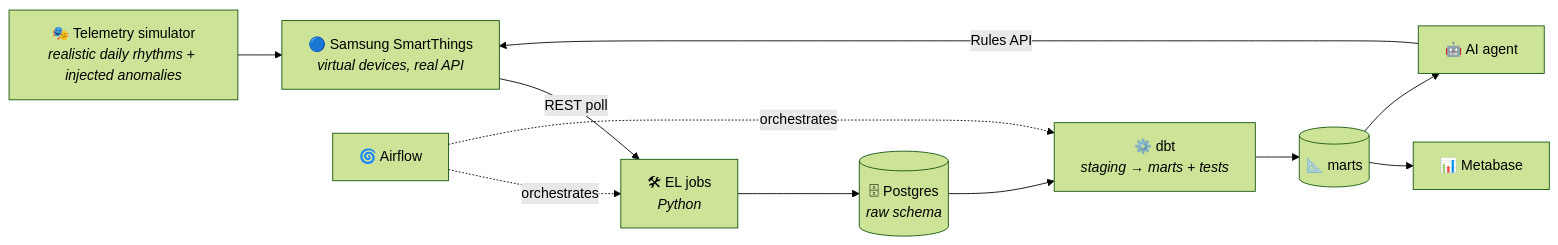
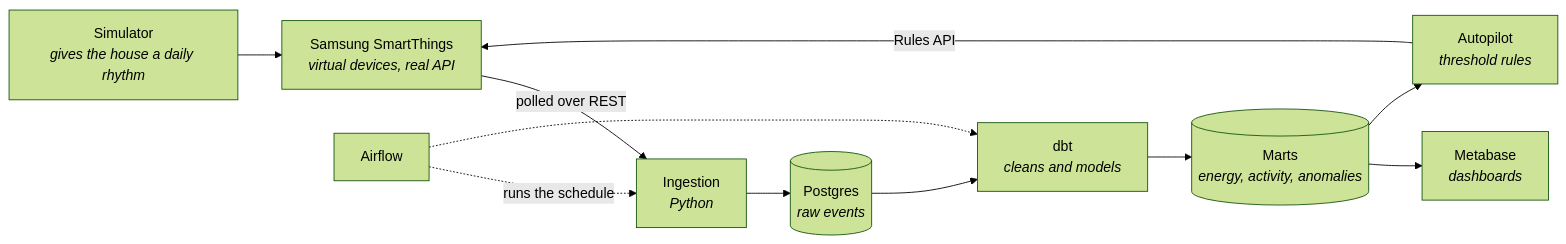
One commit to R4SHM1T/gridline changed the diagram in README.md. Above: the diagram before and after it, drawn with Mermaid (forest theme). The commit also changed other lines of this file and 11 other files, not shown here.

````diff
--- a/README.md
+++ b/README.md
@@ -27,13 +27,13 @@
 ```mermaid
 flowchart LR
-    SIM["🎭 Telemetry simulator<br/><i>realistic daily rhythms + injected anomalies</i>"] --> ST["🔵 Samsung SmartThings<br/><i>virtual devices, real API</i>"]
-    ST -->|REST poll| EL["🛠 EL jobs<br/><i>Python</i>"]
-    EL --> RAW[("🗄 Postgres<br/><i>raw schema</i>")]
-    RAW --> DBT["⚙️ dbt<br/><i>staging → marts + tests</i>"]
-    DBT --> MARTS[("📐 marts")]
-    MARTS --> BI["📊 Metabase"]
-    MARTS --> AGENT["🤖 AI agent"]
-    AGENT -->|Rules API| ST
-    AF["🌀 Airflow"] -.orchestrates.-> EL
-    AF -.orchestrates.-> DBT
+    SIM["Simulator<br/><i>gives the house a daily rhythm</i>"] --> ST["Samsung SmartThings<br/><i>virtual devices, real API</i>"]
+    ST -->|polled over REST| EL["Ingestion<br/><i>Python</i>"]
+    EL --> RAW[("Postgres<br/><i>raw events</i>")]
+    RAW --> DBT["dbt<br/><i>cleans and models</i>"]
+    DBT --> MARTS[("Marts<br/><i>energy, activity, anomalies</i>")]
+    MARTS --> BI["Metabase<br/><i>dashboards</i>"]
+    MARTS --> AUTO["Autopilot<br/><i>threshold rules</i>"]
+    AUTO -->|Rules API| ST
+    AF["Airflow"] -.runs the schedule.-> EL
+    AF -.-> DBT
 ```
````
